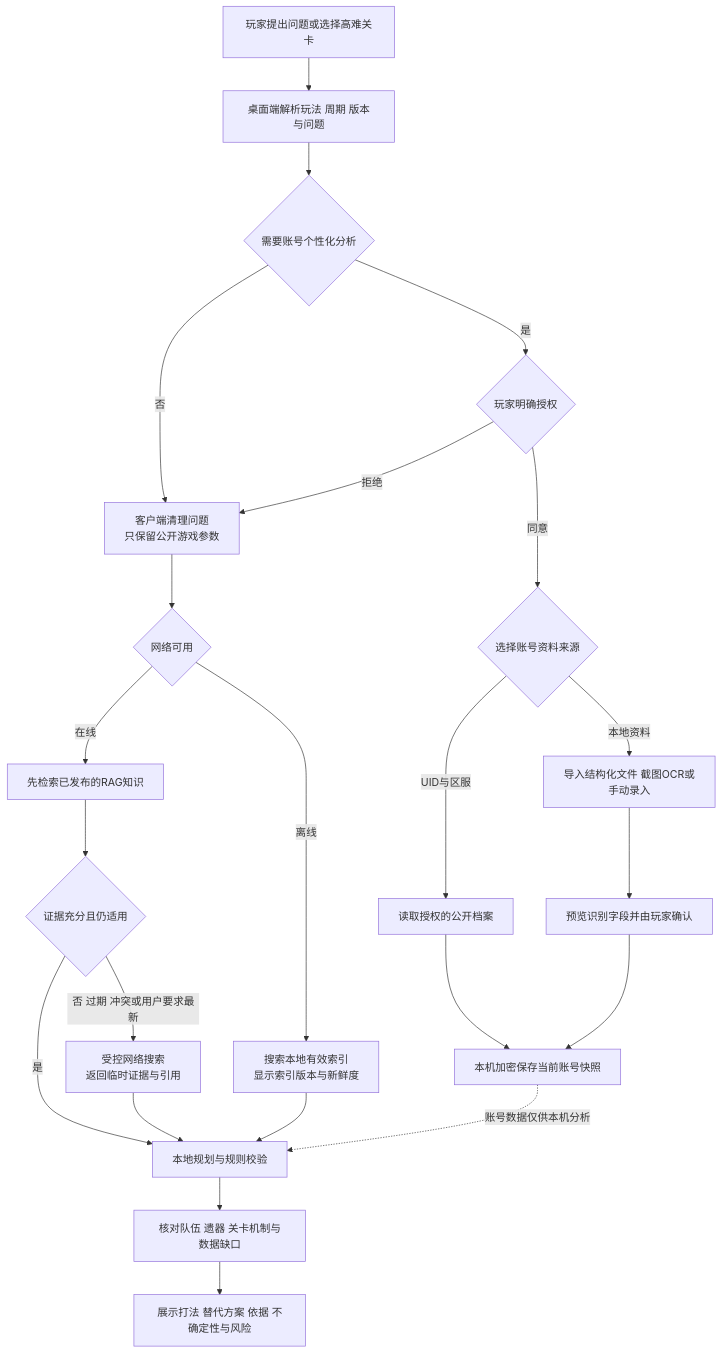
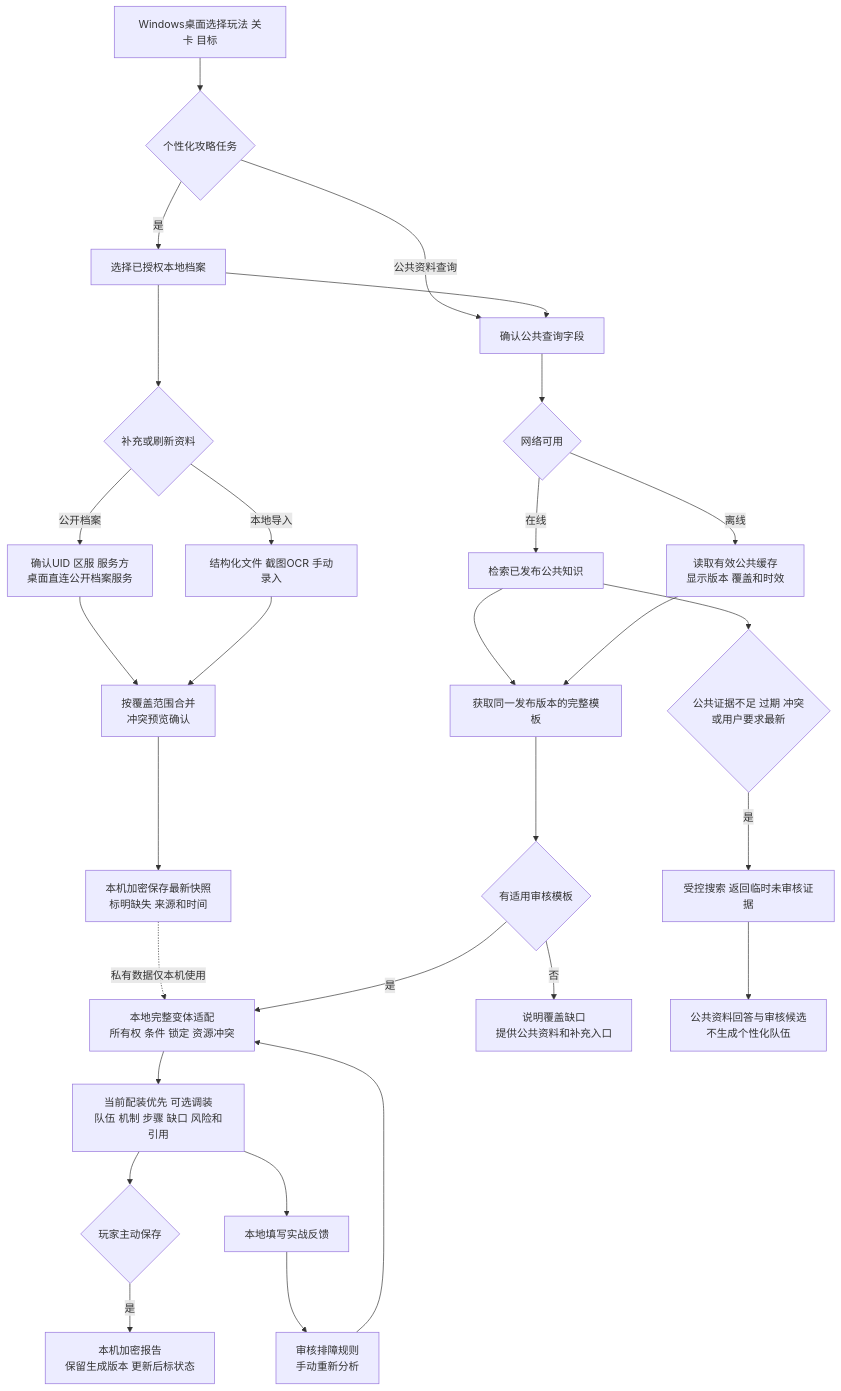
Before and after one commit to xingyahui-yz/starhelp: the first of 2 diagrams in README.md, drawn with Mermaid. The commit also changed other lines of this file and 7 other files, not shown here.

````diff
--- a/README.md
+++ b/README.md
@@ -13,25 +30,31 @@
 ```mermaid
 flowchart TD
-    A[玩家提出问题或选择高难关卡] --> B[桌面端解析玩法 周期 版本与问题]
-    B --> C{需要账号个性化分析}
-    C -- 否 --> D[客户端清理问题<br/>只保留公开游戏参数]
-    C -- 是 --> E{玩家明确授权}
-    E -- 拒绝 --> D
-    E -- 同意 --> F{选择账号资料来源}
-    F -- UID与区服 --> G[读取授权的公开档案]
-    F -- 本地资料 --> H[导入结构化文件 截图OCR或手动录入]
-    H --> I[预览识别字段并由玩家确认]
-    G --> J[本机加密保存当前账号快照]
-    I --> J
-    J -. 账号数据仅供本机分析 .-> P[本地规划与规则校验]
-    D --> K{网络可用}
-    K -- 在线 --> L[先检索已发布的RAG知识]
-    K -- 离线 --> M[搜索本地有效索引<br/>显示索引版本与新鲜度]
-    L --> N{证据充分且仍适用}
-    N -- 是 --> P
-    N -- 否 过期 冲突或用户要求最新 --> O[受控网络搜索<br/>返回临时证据与引用]
-    O --> P
-    M --> P
-    P --> Q[核对队伍 遗器 关卡机制与数据缺口]
-    Q --> R[展示打法 替代方案 依据 不确定性与风险]
+    A[Windows桌面选择玩法 关卡 目标] --> B{个性化攻略任务}
+    B -- 公共资料查询 --> C[确认公共查询字段]
+    B -- 是 --> D[选择已授权本地档案]
+    D --> E{补充或刷新资料}
+    E -- 公开档案 --> F[确认UID 区服 服务方<br/>桌面直连公开档案服务]
+    E -- 本地导入 --> G[结构化文件 截图OCR 手动录入]
+    F --> H[按覆盖范围合并<br/>冲突预览确认]
+    G --> H
+    H --> I[本机加密保存最新快照<br/>标明缺失 来源和时间]
+    D --> C
+    C --> J{网络可用}
+    J -- 在线 --> K[检索已发布公共知识]
+    J -- 离线 --> L[读取有效公共缓存<br/>显示版本 覆盖和时效]
+    K --> M[获取同一发布版本的完整模板]
+    L --> M
+    I -. 私有数据仅本机使用 .-> N[本地完整变体适配<br/>所有权 条件 锁定 资源冲突]
+    M --> O{有适用审核模板}
+    O -- 是 --> N
+    O -- 否 --> P[说明覆盖缺口<br/>提供公共资料和补充入口]
+    K --> Q{公共证据不足 过期 冲突<br/>或用户要求最新}
+    Q -- 是 --> R[受控搜索 返回临时未审核证据]
+    R --> S[公共资料回答与审核候选<br/>不生成个性化队伍]
+    N --> T[当前配装优先 可选调装<br/>队伍 机制 步骤 缺口 风险和引用]
+    T --> U{玩家主动保存}
+    U -- 是 --> V[本机加密报告<br/>保留生成版本 更新后标状态]
+    T --> W[本地填写实战反馈]
+    W --> X[审核排障规则<br/>手动重新分析]
+    X --> N
 ```
````
